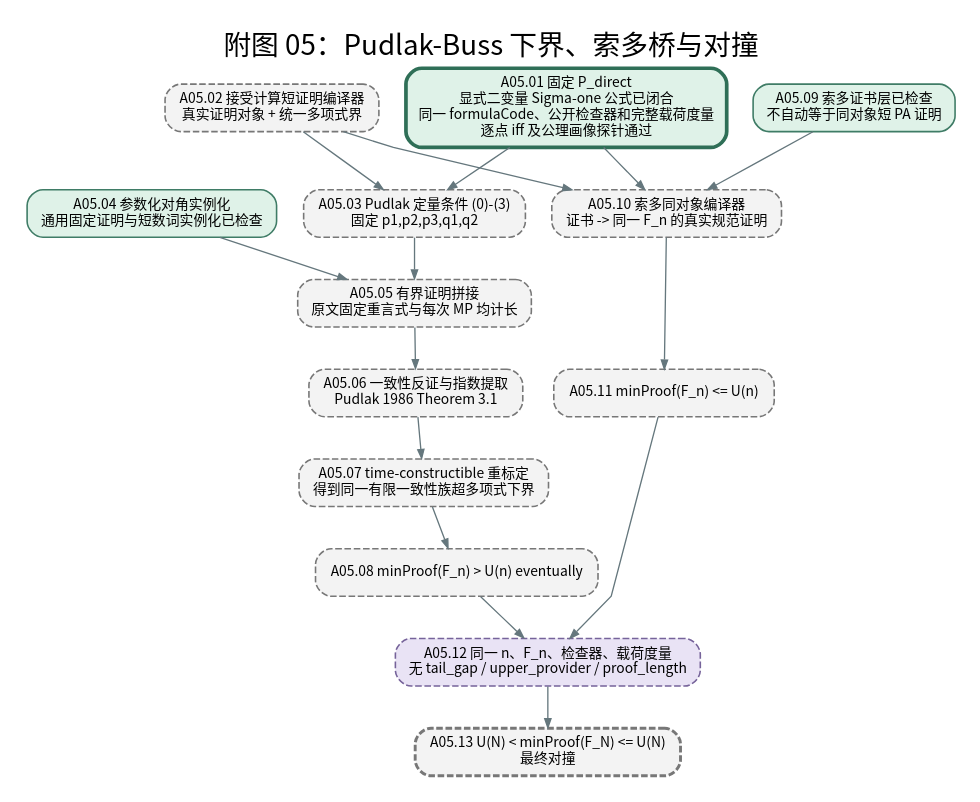
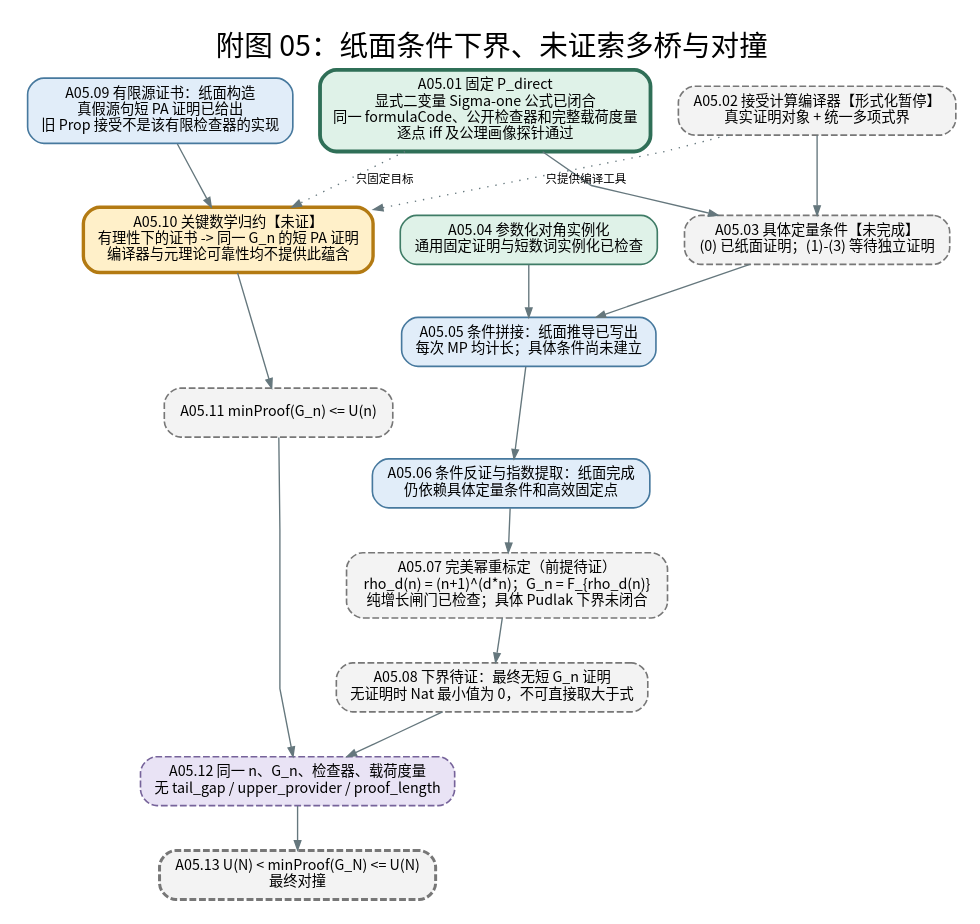
One commit to james130012/sondow-pudlak-collision-box changed the diagram in docs/checked_minproof_appendix_05_pudlak_collision_zh.dot. Above: the diagram before and after it, drawn with Graphviz. The commit also changed 290 other files, not shown here.

```diff
--- a/docs/checked_minproof_appendix_05_pudlak_collision_zh.dot
+++ b/docs/checked_minproof_appendix_05_pudlak_collision_zh.dot
@@ -1,78 +1,78 @@
 digraph PudlakCollisionAppendix {
   graph [rankdir=TB, bgcolor="white", splines=polyline, nodesep="0.28",
     ranksep="0.44", pad="0.18", size="10,15!", ratio=compress,
     fontname="Noto Sans CJK SC", fontsize=21,
-    label="附图 05：Pudlak-Buss 下界、索多桥与对撞", labelloc="t"];
+    label="附图 05：纸面条件下界、未证索多桥与对撞", labelloc="t"];
   node [shape=box, style="rounded,filled", fontname="Noto Sans CJK SC",
     fontsize=10.5, color="#777777", fillcolor="#f3f3f3",
     margin="0.14,0.09", penwidth=1.2];
   edge [fontname="Noto Sans CJK SC", fontsize=8.5, color="#65777d",
     arrowsize=0.68];
 
   predicate [node_id="A05.01", status="done",
     endpoint_theorem="compactListedPADirectProofFormula_iff_exists_publicVerifier",
     source="integration/FoundationCompactNumericListedDirectProofPredicateExactness.lean",
     appendix="05", next_obligation="none",
     label="A05.01 固定 P_direct\n显式二变量 Sigma-one 公式已闭合\n同一 formulaCode、公开检查器和完整载荷度量\n逐点 iff 及公理画像探针通过",
     fillcolor="#dff2e8", color="#2f6f57", penwidth=2.8];
   accepted [node_id="A05.02", status="pending", endpoint_theorem="accepted trace short PA proof",
     source="docs/checked_minproof_appendix_04_pa_quantitative_compiler_zh.dot", appendix="05",
-    next_obligation="wait for appendix 04", label="A05.02 接受计算短证明编译器\n真实证明对象 + 统一多项式界",
+    next_obligation="wait for appendix 04", label="A05.02 接受计算编译器【形式化暂停】\n真实证明对象 + 统一多项式界",
     style="rounded,filled,dashed"];
   conditions [node_id="A05.03", status="pending", endpoint_theorem="Pudlak conditions (0)-(3)",
     source="planned", appendix="05", next_obligation="wait for A05.01/A05.02",
-    label="A05.03 Pudlak 定量条件 (0)-(3)\n固定 p1,p2,p3,q1,q2",
+    label="A05.03 具体定量条件【未完成】\n(0) 已纸面证明；(1)-(3) 等待独立证明",
     style="rounded,filled,dashed"];
   diagonal [node_id="A05.04", status="partial_done", endpoint_theorem="quantitative diagonal specialization",
     source="integration/FoundationCompactParameterizedDiagonalSpecialization.lean", appendix="05",
     next_obligation="instantiate at concrete P_direct",
     label="A05.04 参数化对角实例化\n通用固定证明与短数词实例化已检查",
     fillcolor="#dff2e8", color="#3f7c66"];
-  assembly [node_id="A05.05", status="pending", endpoint_theorem="bounded proof assembly",
+  assembly [node_id="A05.05", status="paper_conditional", endpoint_theorem="bounded proof assembly",
     source="planned", appendix="05", next_obligation="wait for A05.03/A05.04",
-    label="A05.05 有界证明拼接\n原文固定重言式与每次 MP 均计长",
-    style="rounded,filled,dashed"];
-  exponent [node_id="A05.06", status="pending", endpoint_theorem="Pudlak exponent extraction",
+    label="A05.05 条件拼接：纸面推导已写出\n每次 MP 均计长；具体条件尚未建立",
+    style="rounded,filled", fillcolor="#e1edf9", color="#47799e"];
+  exponent [node_id="A05.06", status="paper_conditional", endpoint_theorem="Pudlak exponent extraction",
     source="planned", appendix="05", next_obligation="wait for A05.05",
-    label="A05.06 一致性反证与指数提取\nPudlak 1986 Theorem 3.1",
-    style="rounded,filled,dashed"];
-  buss [node_id="A05.07", status="pending", endpoint_theorem="Buss 1994 Theorem 5",
-    source="planned", appendix="05", next_obligation="wait for A05.06",
-    label="A05.07 time-constructible 重标定\n得到同一有限一致性族超多项式下界",
+    label="A05.06 条件反证与指数提取：纸面完成\n仍依赖具体定量条件和高效固定点",
+    style="rounded,filled", fillcolor="#e1edf9", color="#47799e"];
+  buss [node_id="A05.07", status="pending", endpoint_theorem="perfect-power rescaling",
+    source="integration/FoundationPudlakBussRescaledLowerBoundGate.lean", appendix="05", next_obligation="wait for A05.06",
+    label="A05.07 完美幂重标定（前提待证）\nrho_d(n) = (n+1)^(d*n)；G_n = F_{rho_d(n)}\n纯增长闸门已检查；具体 Pudlak 下界未闭合",
     style="rounded,filled,dashed"];
   lower [node_id="A05.08", status="pending", endpoint_theorem="eventual lower bound",
     source="planned", appendix="05", next_obligation="wait for A05.07",
-    label="A05.08 minProof(F_n) > U(n) eventually",
+    label="A05.08 下界待证：最终无短 G_n 证明\n无证明时 Nat 最小值为 0，不可直接取大于式",
     style="rounded,filled,dashed"];
-  sondow [node_id="A05.09", status="done_boundary", endpoint_theorem="checked Sondow certificates",
-    source="existing Sondow route", appendix="05", next_obligation="same-object bridge",
-    label="A05.09 索多证书层已检查\n不自动等于同对象短 PA 证明",
-    fillcolor="#dff2e8", color="#3f7c66"];
-  bridge [node_id="A05.10", status="pending", endpoint_theorem="Sondow same-object compiler",
-    source="planned", appendix="05", next_obligation="wait for A05.01/A05.02",
-    label="A05.10 索多同对象编译器\n证书 -> 同一 F_n 的真实规范证明",
-    style="rounded,filled,dashed"];
+  sondow [node_id="A05.09", status="paper_source", endpoint_theorem="finite rational checker and ground source PA proofs on paper",
+    source="paper/full_paper_proof_working_zh.md sections 3-4", appendix="05", next_obligation="same-object bridge",
+    label="A05.09 有限源证书：纸面构造\n真假源句短 PA 证明已给出\n旧 Prop 接受不是该有限检查器的实现",
+    fillcolor="#e1edf9", color="#47799e"];
+  bridge [node_id="A05.10", status="paper_open", endpoint_theorem="independent number-theoretic short implication to G_n",
+    source="paper/full_paper_proof_working_zh.md section 7", appendix="05", next_obligation="prove independent mathematical reduction",
+    label="A05.10 关键数学归约【未证】\n有理性下的证书 -> 同一 G_n 的短 PA 证明\n编译器与元理论可靠性均不提供此蕴含",
+    style="rounded,filled", fillcolor="#fff0c9", color="#b37a12", penwidth=2.5];
   upper [node_id="A05.11", status="pending", endpoint_theorem="polynomial upper bound",
     source="planned", appendix="05", next_obligation="wait for A05.10",
-    label="A05.11 minProof(F_n) <= U(n)",
+    label="A05.11 minProof(G_n) <= U(n)",
     style="rounded,filled,dashed"];
   audit [node_id="A05.12", status="pending", endpoint_theorem="same-object audit gate",
     source="planned", appendix="05", next_obligation="wait for lower/upper",
-    label="A05.12 同一 n、F_n、检查器、载荷度量\n无 tail_gap / upper_provider / proof_length",
+    label="A05.12 同一 n、G_n、检查器、载荷度量\n无 tail_gap / upper_provider / proof_length",
     fillcolor="#e9e3f5", color="#76639a", style="rounded,filled,dashed"];
   collision [node_id="A05.13", status="pending", endpoint_theorem="collision contradiction",
     source="planned", appendix="05", next_obligation="wait for A05.12",
-    label="A05.13 U(N) < minProof(F_N) <= U(N)\n最终对撞",
+    label="A05.13 U(N) < minProof(G_N) <= U(N)\n最终对撞",
     style="rounded,filled,dashed", penwidth=2.2];
 
   predicate -> conditions;
   accepted -> conditions;
   conditions -> assembly;
   diagonal -> assembly -> exponent -> buss -> lower;
-  predicate -> bridge;
-  accepted -> bridge;
+  predicate -> bridge [style=dotted, label="只固定目标"];
+  accepted -> bridge [style=dotted, label="只提供编译工具"];
   sondow -> bridge -> upper;
   lower -> audit;
   upper -> audit;
   audit -> collision;
 }
```
